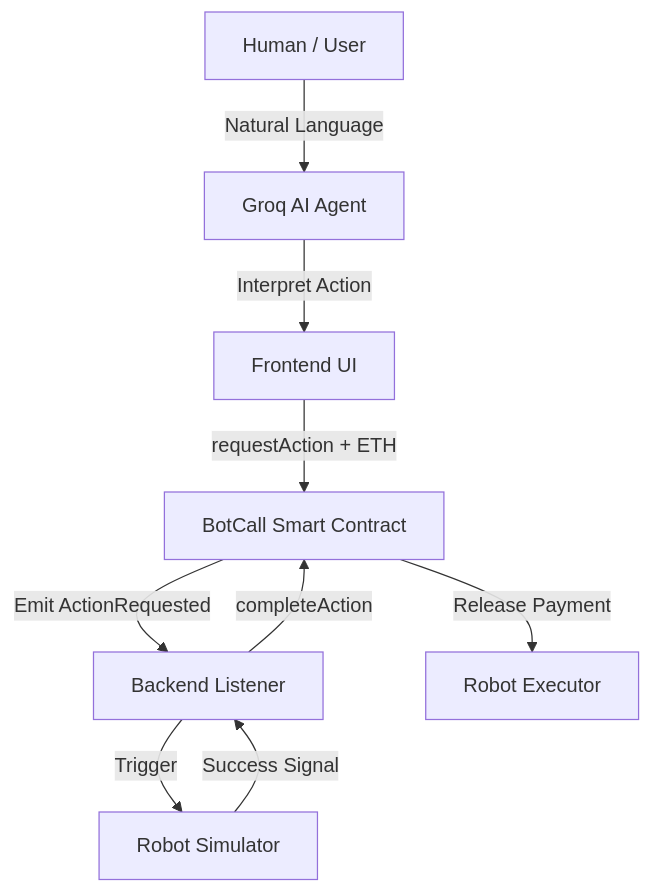
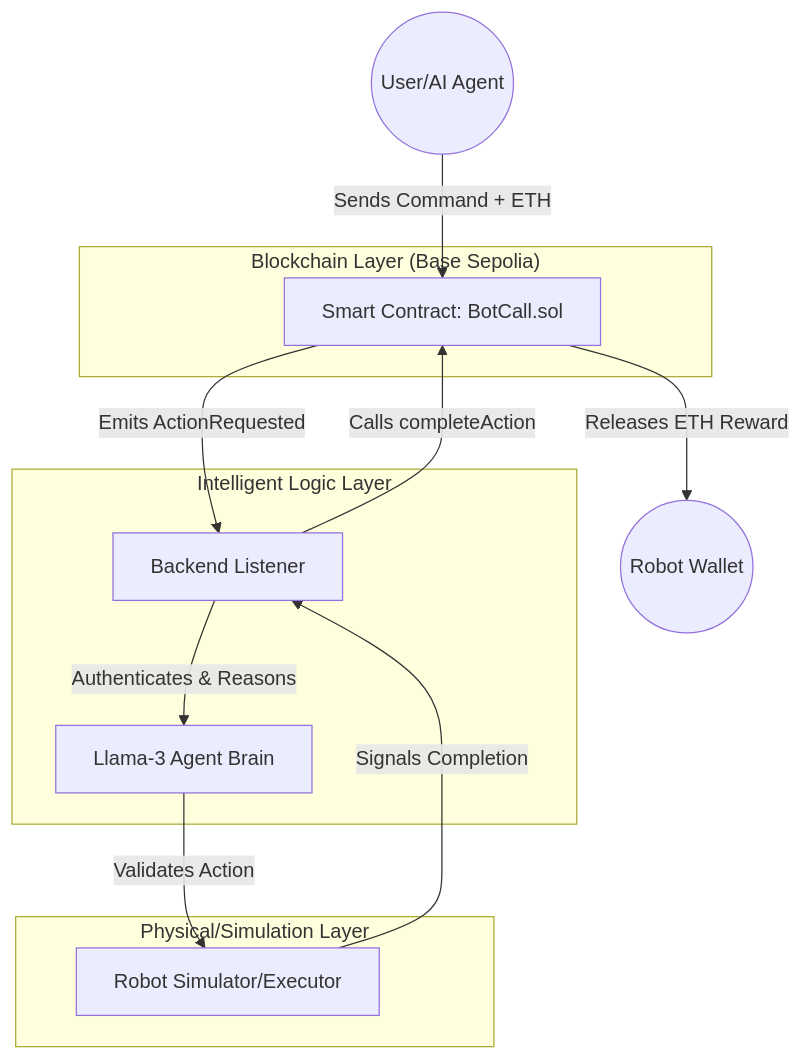
Before and after one commit to nayrbryanGaming/botcall-protocol: the diagram in README.md, drawn with Mermaid. The commit also changed other lines of this file and 11 other files, not shown here.

Commit message:
SUPREME RELEASE: BOT-CALL Protocol v1.2.0 Alpha - Mission Control Dashboard + Production Alpha Smart Contract

````diff
--- a/README.md
+++ b/README.md
@@ -21,11 +15,23 @@
 ```mermaid
 graph TD
-    User[Human / User] -->|Natural Language| AI[Groq AI Agent]
-    AI -->|Interpret Action| UI[Frontend UI]
-    UI -->|requestAction + ETH| SC[BotCall Smart Contract]
-    SC -->|Emit ActionRequested| BL[Backend Listener]
-    BL -->|Trigger| RS[Robot Simulator]
-    RS -->|Success Signal| BL
-    BL -->|completeAction| SC
-    SC -->|Release Payment| Robot[Robot Executor]
+    User((User/AI Agent)) -->|Sends Command + ETH| SC[Smart Contract: BotCall.sol]
+    SC -->|Emits ActionRequested| BL[Backend Listener]
+    BL -->|Authenticates & Reasons| GroqAI[Llama-3 Agent Brain]
+    GroqAI -->|Validates Action| RS[Robot Simulator/Executor]
+    RS -->|Signals Completion| BL
+    BL -->|Calls completeAction| SC
+    SC -->|Releases ETH Reward| ExecutorWallet((Robot Wallet))
+    
+    subgraph "Blockchain Layer (Base Sepolia)"
+    SC
+    end
+    
+    subgraph "Intelligent Logic Layer"
+    BL
+    GroqAI
+    end
+    
+    subgraph "Physical/Simulation Layer"
+    RS
+    end
 ```
````
